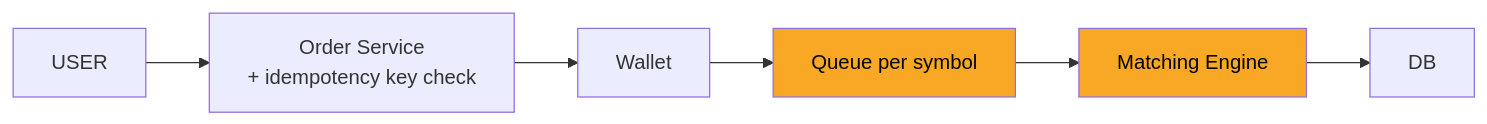
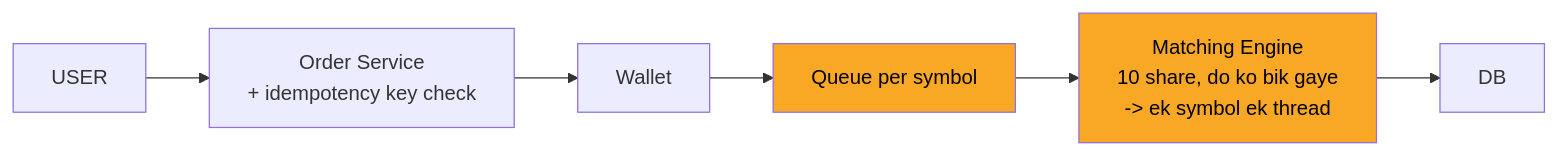
Before and after one commit to ArpanMaheshwari144/Prep: the fourth of 10 diagrams in 04_HLD/SYSTEM_DESIGNS/05_stock_broker_trading/05_stock_broker_trading.md, drawn with Mermaid. The commit also changed other lines of this file, not shown here.

````diff
--- a/04_HLD/SYSTEM_DESIGNS/05_stock_broker_trading/05_stock_broker_trading.md
+++ b/04_HLD/SYSTEM_DESIGNS/05_stock_broker_trading/05_stock_broker_trading.md
@@ -182,16 +182,16 @@
 ```mermaid
 flowchart LR
     n_USER["USER"]
     n_Order_Service["Order Service<br/>+ idempotency key check"]
     n_Wallet["Wallet"]
     n_Queue_per_symbol["Queue per symbol"]
-    n_Matching_Engine["Matching Engine"]
+    n_Matching_Engine["Matching Engine<br/>10 share, do ko bik gaye<br/>-> ek symbol ek thread"]
     n_DB["DB"]
     n_USER --> n_Order_Service
     n_Order_Service --> n_Wallet
     n_Wallet --> n_Queue_per_symbol
     n_Queue_per_symbol --> n_Matching_Engine
     n_Matching_Engine --> n_DB
     style n_Queue_per_symbol fill:#f9a825,color:#000
     style n_Matching_Engine fill:#f9a825,color:#000
 ```
````
